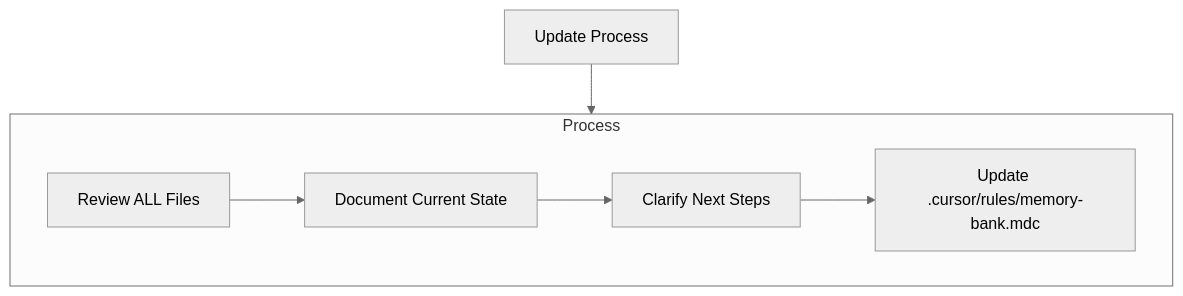
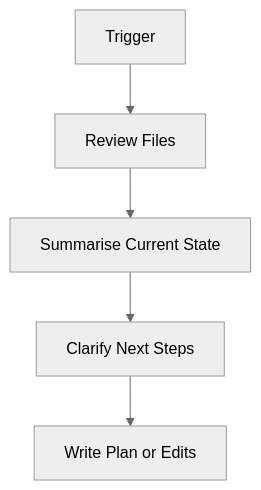
The second of 2 diagrams in src/lib/rules/memory-bank-rules.md (sm-moshi/aimemory), drawn with Mermaid (neutral theme) before and after one commit. The commit also changed other lines of this file and 8 other files, not shown here.

````diff
--- a/src/lib/rules/memory-bank-rules.md
+++ b/src/lib/rules/memory-bank-rules.md
@@ -109,15 +89,7 @@
 ```mermaid
 flowchart TD
-    Start[Update Process]
-
-    subgraph Process
-        P1[Review ALL Files]
-        P2[Document Current State]
-        P3[Clarify Next Steps]
-        P4[Update .cursor/rules/memory-bank.mdc]
-
-        P1 --> P2 --> P3 --> P4
-    end
-
-    Start --> Process
+    Start[Trigger] --> Review[Review Files]
+    Review --> Summarise[Summarise Current State]
+    Summarise --> Clarify[Clarify Next Steps]
+    Clarify --> Update[Write Plan or Edits]
 ```
````
